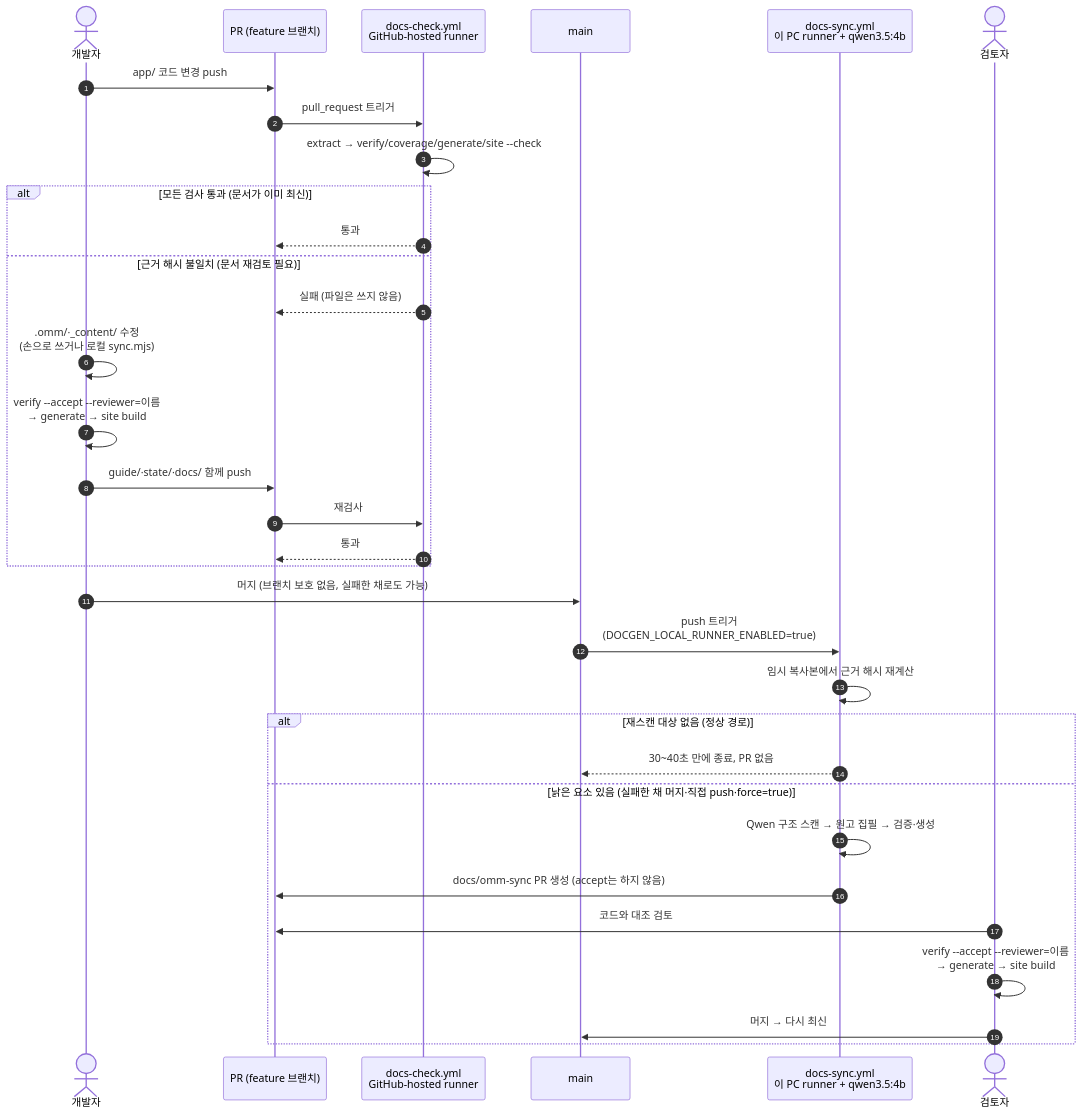
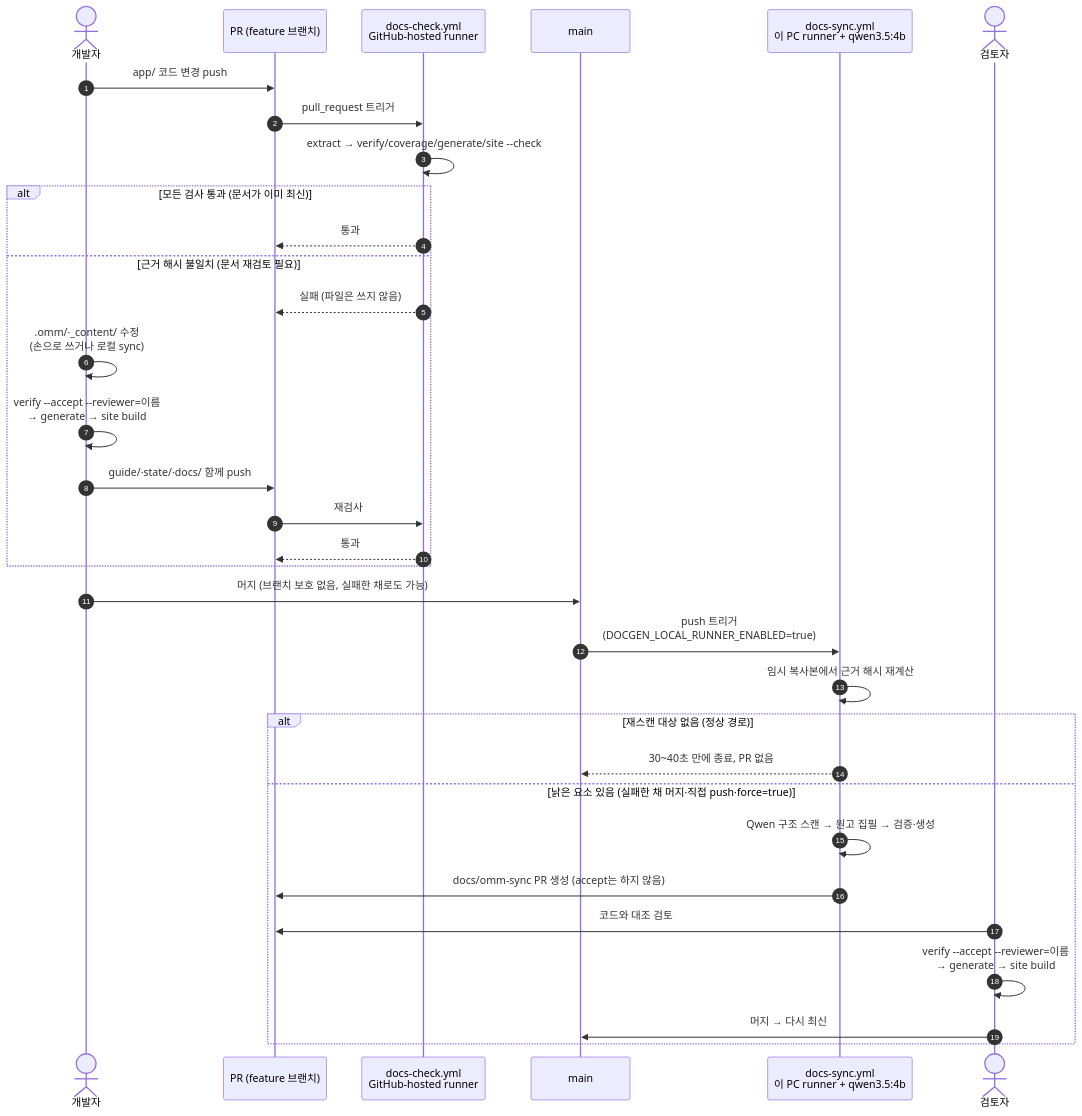
Before and after one commit to TTolsun/hal-camera: the diagram in tools/docgen/README.md, drawn with Mermaid. The commit also changed other lines of this file and 58 other files, not shown here.

````diff
--- a/tools/docgen/README.md
+++ b/tools/docgen/README.md
@@ -165,39 +190,39 @@
 ```mermaid
 sequenceDiagram
     autonumber
     actor Dev as 개발자
     participant PR as PR (feature 브랜치)
     participant Check as docs-check.yml<br/>GitHub-hosted runner
     participant Main as main
     participant Sync as docs-sync.yml<br/>이 PC runner + qwen3.5:4b
     actor Rev as 검토자
 
     Dev->>PR: app/ 코드 변경 push
     PR->>Check: pull_request 트리거
     Check->>Check: extract → verify/coverage/generate/site --check
 
     alt 모든 검사 통과 (문서가 이미 최신)
         Check-->>PR: 통과
     else 근거 해시 불일치 (문서 재검토 필요)
         Check-->>PR: 실패 (파일은 쓰지 않음)
-        Dev->>Dev: .omm/·_content/ 수정<br/>(손으로 쓰거나 로컬 sync.mjs)
+        Dev->>Dev: .omm/·_content/ 수정<br/>(손으로 쓰거나 로컬 sync)
         Dev->>Dev: verify --accept --reviewer=이름<br/>→ generate → site build
         Dev->>PR: guide/·state/·docs/ 함께 push
         PR->>Check: 재검사
         Check-->>PR: 통과
     end
 
     Dev->>Main: 머지 (브랜치 보호 없음, 실패한 채로도 가능)
     Main->>Sync: push 트리거<br/>(DOCGEN_LOCAL_RUNNER_ENABLED=true)
     Sync->>Sync: 임시 복사본에서 근거 해시 재계산
 
     alt 재스캔 대상 없음 (정상 경로)
         Sync-->>Main: 30~40초 만에 종료, PR 없음
     else 낡은 요소 있음 (실패한 채 머지·직접 push·force=true)
         Sync->>Sync: Qwen 구조 스캔 → 원고 집필 → 검증·생성
         Sync->>PR: docs/omm-sync PR 생성 (accept는 하지 않음)
         Rev->>PR: 코드와 대조 검토
         Rev->>Rev: verify --accept --reviewer=이름<br/>→ generate → site build
         Rev->>Main: 머지 → 다시 최신
     end
 ```
````
